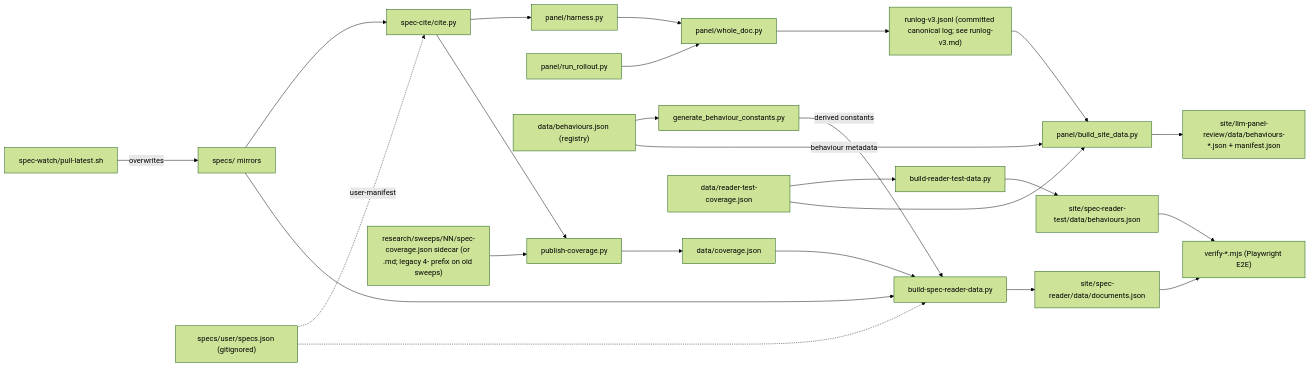
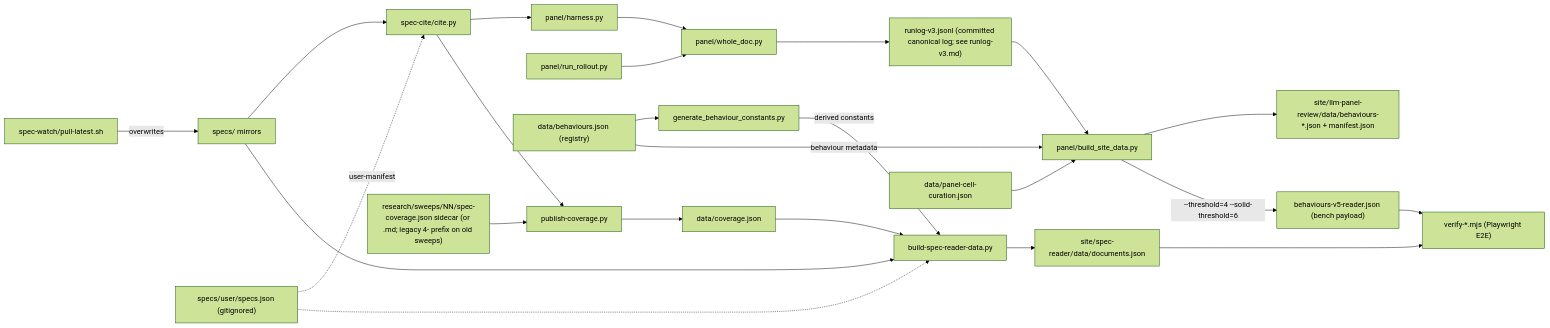
The diagram in engine/OVERVIEW.md (AndresCotton/ai-character-index), drawn with Mermaid (forest theme) before and after one commit. The commit also changed other lines of this file and 30 other files, not shown here.

````diff
--- a/engine/OVERVIEW.md
+++ b/engine/OVERVIEW.md
@@ -34,27 +33,26 @@
 ```mermaid
 graph LR
   watch["spec-watch/pull-latest.sh"] -->|overwrites| specs["specs/ mirrors"]
   specs --> cite["spec-cite/cite.py"]
   specs --> bsr["build-spec-reader-data.py"]
   um["specs/user/specs.json (gitignored)"] -.->|user-manifest| cite
   um -.-> bsr
   cite --> harness["panel/harness.py"]
   rollout["panel/run_rollout.py"] --> wholedoc["panel/whole_doc.py"]
   harness --> wholedoc
   wholedoc --> runlog["runlog-v3.jsonl (committed canonical log; see runlog-v3.md)"]
   runlog --> bsd["panel/build_site_data.py"]
   reg["data/behaviours.json (registry)"] --> gbc["generate_behaviour_constants.py"]
   gbc -->|derived constants| bsr
   reg -->|behaviour metadata| bsd
   bsd --> panelpayload["site/llm-panel-review/data/behaviours-*.json + manifest.json"]
   sweep4["research/sweeps/NN/spec-coverage.json sidecar (or .md; legacy 4- prefix on old sweeps)"] --> publish["publish-coverage.py"]
   cite --> publish
   publish --> coverage["data/coverage.json"]
   coverage --> bsr
   bsr --> docpayload["site/spec-reader/data/documents.json"]
-  rtc["data/reader-test-coverage.json"] --> brt["build-reader-test-data.py"]
-  brt --> benchpayload["site/spec-reader-test/data/behaviours.json"]
-  rtc --> bsd
+  cur["data/panel-cell-curation.json"] --> bsd
+  bsd -->|"--threshold=4 --solid-threshold=6"| benchpayload["behaviours-v5-reader.json (bench payload)"]
   docpayload --> verify["verify-*.mjs (Playwright E2E)"]
   benchpayload --> verify
 ```
````
